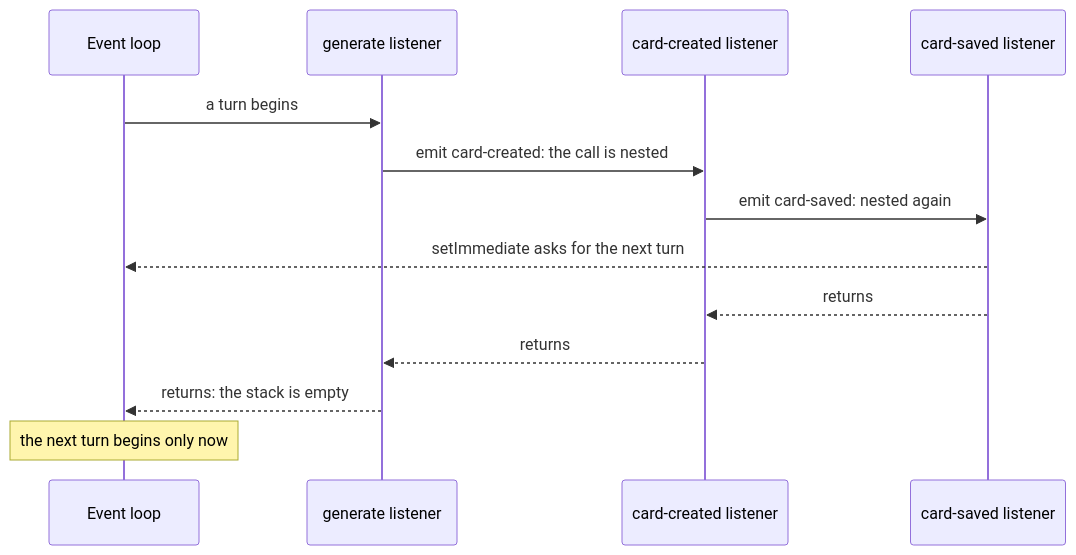
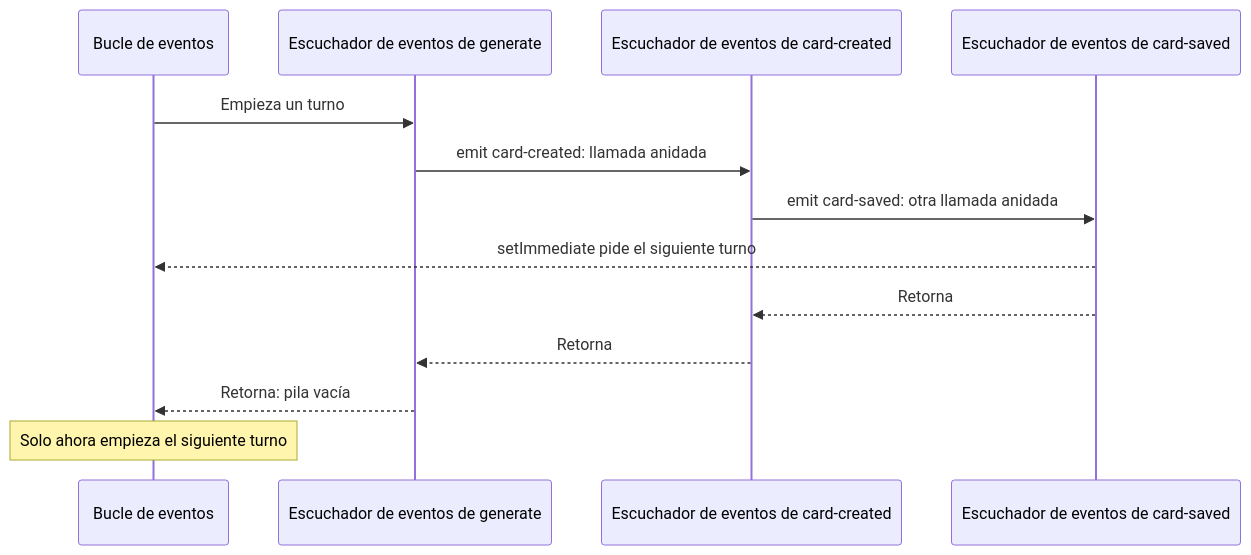
One commit to dullroar/aprende-a-programar-como-un-bicho-raro changed the first of 2 diagrams in lessons/cs-source/chapters/10-events-callbacks-and-reactive-control-flow.md. Above: the diagram before and after it, drawn with Mermaid. The commit also changed other lines of this file and 12 other files, not shown here.

Commit message:
loop(P4-lessons-cs-source-chapters-2): translate reactive control flow chapter

````diff
--- a/lessons/cs-source/chapters/10-events-callbacks-and-reactive-control-flow.md
+++ b/lessons/cs-source/chapters/10-events-callbacks-and-reactive-control-flow.md
@@ -49,17 +49,17 @@
 ```mermaid
 sequenceDiagram
-    accTitle: One turn of scheduled events: emit nests, the event loop separates turns
-    accDescr: A sequence diagram. The event loop starts a turn by calling the generate listener. That listener emits card-created, so the emitter calls the card-created listener inside it. That listener emits card-saved, so the emitter calls the card-saved listener inside it. Each listener then returns, in the reverse order, so the stack unwinds. The last listener has asked the event loop for the next turn with setImmediate. The event loop starts the next turn only after the stack is empty.
-    participant L as Event loop
-    participant G as generate listener
-    participant C as card-created listener
-    participant S as card-saved listener
-    L->>G: a turn begins
-    G->>C: emit card-created: the call is nested
-    C->>S: emit card-saved: nested again
-    S-->>L: setImmediate asks for the next turn
-    S-->>C: returns
-    C-->>G: returns
-    G-->>L: returns: the stack is empty
-    Note over L: the next turn begins only now
+    accTitle: Un turno de eventos programados. emit anida llamadas y el bucle de eventos separa los turnos
+    accDescr: Diagrama de secuencia. El bucle de eventos inicia un turno al llamar al escuchador de eventos de generate. Ese escuchador emite card-created, así que el emisor llama al escuchador de card-created dentro de la llamada en curso. Ese escuchador emite card-saved y el emisor llama al escuchador de card-saved dentro de esa llamada. Los escuchadores retornan en orden inverso y así se vacía la pila. El último escuchador le pidió al bucle de eventos el siguiente turno con setImmediate. El bucle de eventos solo inicia ese turno cuando la pila está vacía.
+    participant L as Bucle de eventos
+    participant G as Escuchador de eventos de generate
+    participant C as Escuchador de eventos de card-created
+    participant S as Escuchador de eventos de card-saved
+    L->>G: Empieza un turno
+    G->>C: emit card-created: llamada anidada
+    C->>S: emit card-saved: otra llamada anidada
+    S-->>L: setImmediate pide el siguiente turno
+    S-->>C: Retorna
+    C-->>G: Retorna
+    G-->>L: Retorna: pila vacía
+    Note over L: Solo ahora empieza el siguiente turno
 ```
````
